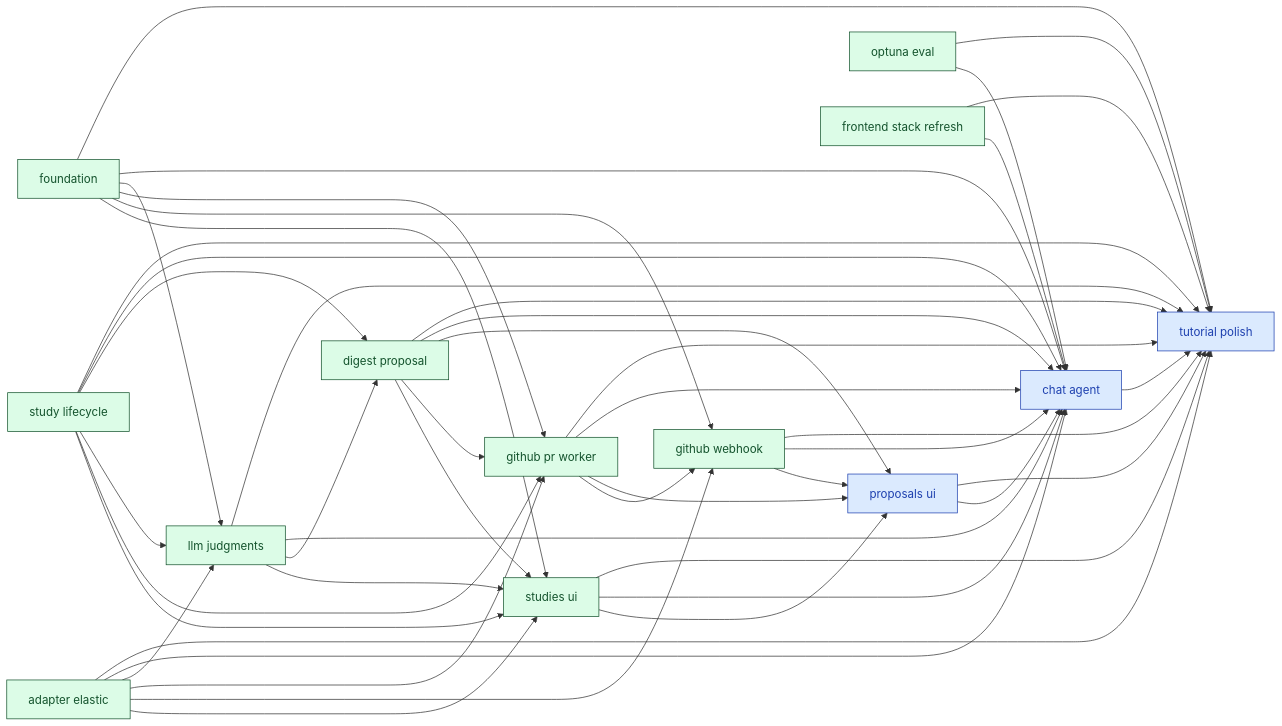
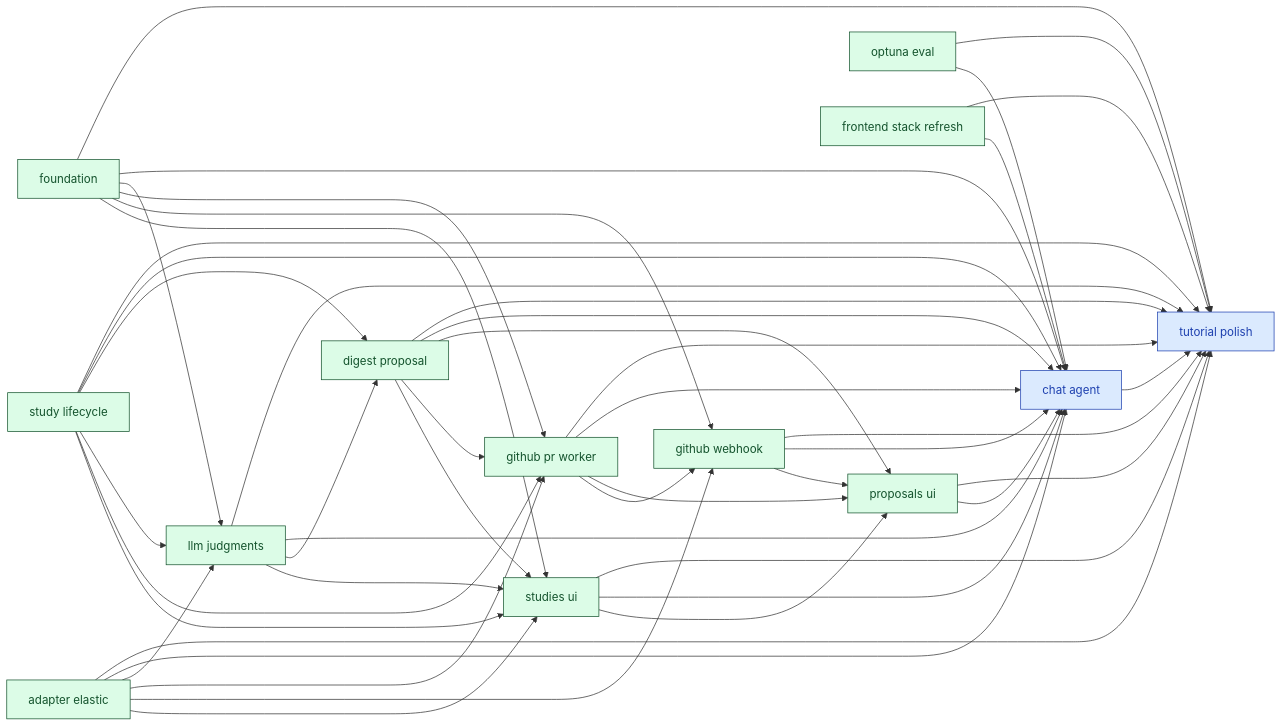
The diagram in docs/00_overview/MVP1_DASHBOARD.md (SoundMindsAI/relyloop), drawn with Mermaid before and after one commit. The commit also changed other lines of this file and 30 other files, not shown here.

````diff
--- a/docs/00_overview/MVP1_DASHBOARD.md
+++ b/docs/00_overview/MVP1_DASHBOARD.md
@@ -89,78 +92,78 @@
 ```mermaid
 graph LR
   classDef done fill:#dcfce7,stroke:#14532d,color:#14532d;
   classDef implement fill:#ffedd5,stroke:#9a3412,color:#9a3412;
   classDef plan fill:#fef9c3,stroke:#854d0e,color:#854d0e;
   classDef spec fill:#dbeafe,stroke:#1e40af,color:#1e40af;
   classDef idea fill:#f1f5f9,stroke:#334155,color:#334155;
   chore_tutorial_polish["tutorial polish"]
   class chore_tutorial_polish spec;
   feat_chat_agent["chat agent"]
   class feat_chat_agent spec;
   feat_proposals_ui["proposals ui"]
-  class feat_proposals_ui spec;
+  class feat_proposals_ui done;
   infra_foundation["foundation"]
   class infra_foundation done;
   feat_study_lifecycle["study lifecycle"]
   class feat_study_lifecycle done;
   infra_adapter_elastic["adapter elastic"]
   class infra_adapter_elastic done;
   infra_optuna_eval["optuna eval"]
   class infra_optuna_eval done;
   feat_digest_proposal["digest proposal"]
   class feat_digest_proposal done;
   feat_llm_judgments["llm judgments"]
   class feat_llm_judgments done;
   feat_github_pr_worker["github pr worker"]
   class feat_github_pr_worker done;
   feat_github_webhook["github webhook"]
   class feat_github_webhook done;
   feat_studies_ui["studies ui"]
   class feat_studies_ui done;
   infra_frontend_stack_refresh["frontend stack refresh"]
   class infra_frontend_stack_refresh done;
   feat_chat_agent --> chore_tutorial_polish
   feat_digest_proposal --> chore_tutorial_polish
   feat_github_pr_worker --> chore_tutorial_polish
   feat_github_webhook --> chore_tutorial_polish
   feat_llm_judgments --> chore_tutorial_polish
   feat_proposals_ui --> chore_tutorial_polish
   feat_studies_ui --> chore_tutorial_polish
   feat_study_lifecycle --> chore_tutorial_polish
   infra_adapter_elastic --> chore_tutorial_polish
   infra_foundation --> chore_tutorial_polish
   infra_frontend_stack_refresh --> chore_tutorial_polish
   infra_optuna_eval --> chore_tutorial_polish
   feat_digest_proposal --> feat_chat_agent
   feat_github_pr_worker --> feat_chat_agent
   feat_github_webhook --> feat_chat_agent
   feat_llm_judgments --> feat_chat_agent
   feat_proposals_ui --> feat_chat_agent
   feat_studies_ui --> feat_chat_agent
   feat_study_lifecycle --> feat_chat_agent
   infra_adapter_elastic --> feat_chat_agent
   infra_foundation --> feat_chat_agent
   infra_frontend_stack_refresh --> feat_chat_agent
   infra_optuna_eval --> feat_chat_agent
   feat_studies_ui --> feat_proposals_ui
   feat_digest_proposal --> feat_proposals_ui
   feat_github_pr_worker --> feat_proposals_ui
   feat_github_webhook --> feat_proposals_ui
   feat_study_lifecycle --> feat_digest_proposal
   feat_llm_judgments --> feat_digest_proposal
   infra_foundation --> feat_llm_judgments
   infra_adapter_elastic --> feat_llm_judgments
   feat_study_lifecycle --> feat_llm_judgments
   infra_foundation --> feat_github_pr_worker
   infra_adapter_elastic --> feat_github_pr_worker
   feat_study_lifecycle --> feat_github_pr_worker
   feat_digest_proposal --> feat_github_pr_worker
   infra_foundation --> feat_github_webhook
   infra_adapter_elastic --> feat_github_webhook
   feat_github_pr_worker --> feat_github_webhook
   infra_foundation --> feat_studies_ui
   feat_study_lifecycle --> feat_studies_ui
   feat_digest_proposal --> feat_studies_ui
   feat_llm_judgments --> feat_studies_ui
   infra_adapter_elastic --> feat_studies_ui
 ```
````
